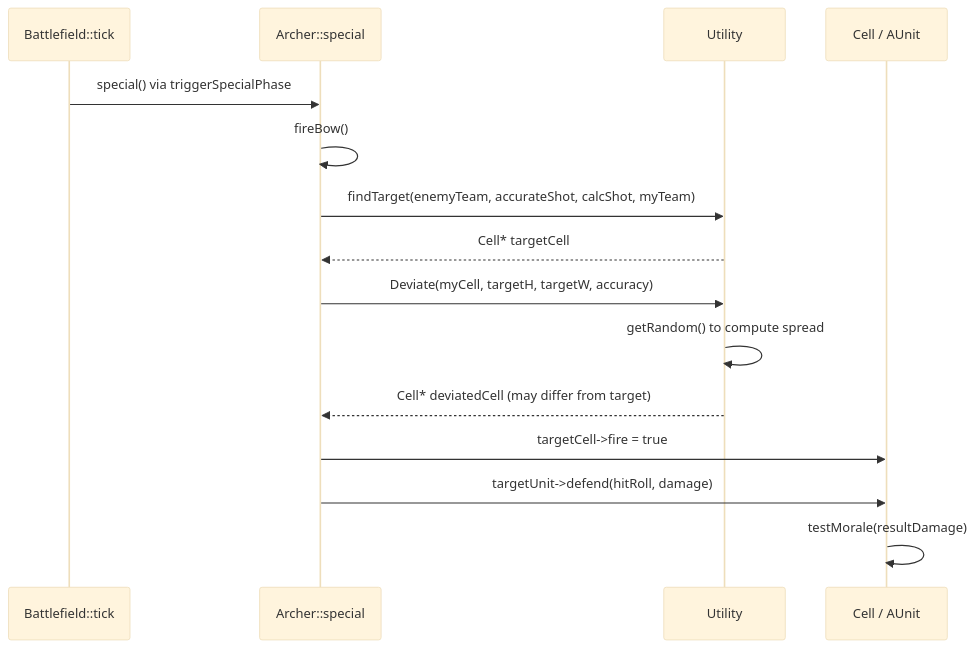
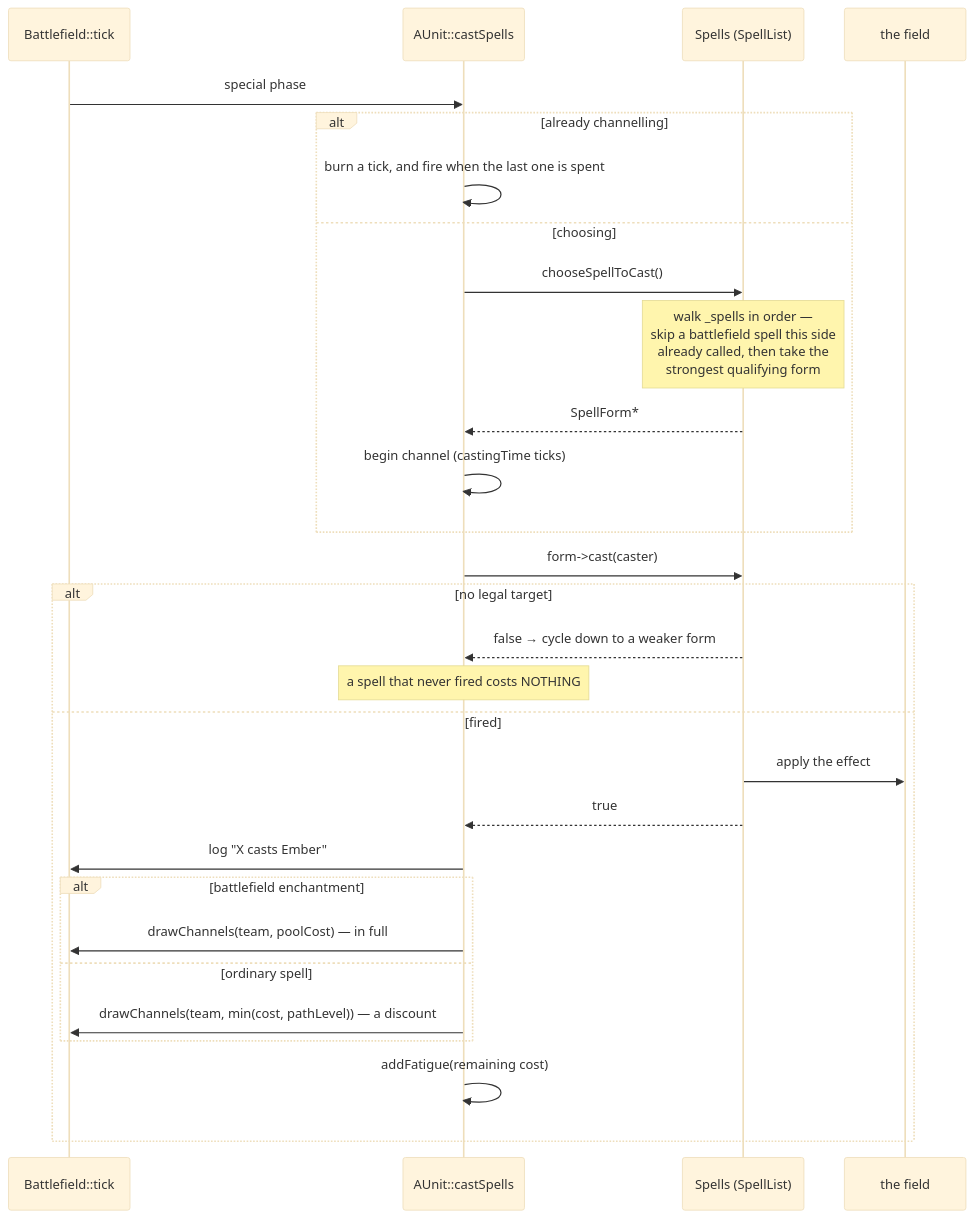
One commit to Tonttu84/gameProject changed the tenth of 10 diagrams in ARCHITECTURE.md. Above: the diagram before and after it, drawn with Mermaid (base theme). The commit also changed other lines of this file and 3 other files, not shown here.

First line of the commit message:
Pay the documentation debt: rewrite ARCHITECTURE.md, write ADDING_SPELLS.md

````diff
--- a/ARCHITECTURE.md
+++ b/ARCHITECTURE.md
@@ -127,18 +347,32 @@
 ```mermaid
 sequenceDiagram
     participant BF as Battlefield::tick
-    participant A as Archer::special
-    participant U as Utility
-    participant C as Cell / AUnit
+    participant AU as AUnit::castSpells
+    participant SL as Spells (SpellList)
+    participant FD as the field
 
-    BF->>A: special() via triggerSpecialPhase
-    A->>A: fireBow()
-    A->>U: findTarget(enemyTeam, accurateShot, calcShot, myTeam)
-    U-->>A: Cell* targetCell
-    A->>U: Deviate(myCell, targetH, targetW, accuracy)
-    U->>U: getRandom() to compute spread
-    U-->>A: Cell* deviatedCell (may differ from target)
-    A->>C: targetCell->fire = true
-    A->>C: targetUnit->defend(hitRoll, damage)
-    C->>C: testMorale(resultDamage)
+    BF->>AU: special phase
+    alt already channelling
+        AU->>AU: burn a tick, and fire when the last one is spent
+    else choosing
+        AU->>SL: chooseSpellToCast()
+        Note over SL: walk _spells in order —<br/>skip a battlefield spell this side<br/>already called, then take the<br/>strongest qualifying form
+        SL-->>AU: SpellForm*
+        AU->>AU: begin channel (castingTime ticks)
+    end
+    AU->>SL: form->cast(caster)
+    alt no legal target
+        SL-->>AU: false → cycle down to a weaker form
+        Note over AU: a spell that never fired costs NOTHING
+    else fired
+        SL->>FD: apply the effect
+        SL-->>AU: true
+        AU->>BF: log "X casts Ember"
+        alt battlefield enchantment
+            AU->>BF: drawChannels(team, poolCost) — in full
+        else ordinary spell
+            AU->>BF: drawChannels(team, min(cost, pathLevel)) — a discount
+        end
+        AU->>AU: addFatigue(remaining cost)
+    end
 ```
````
